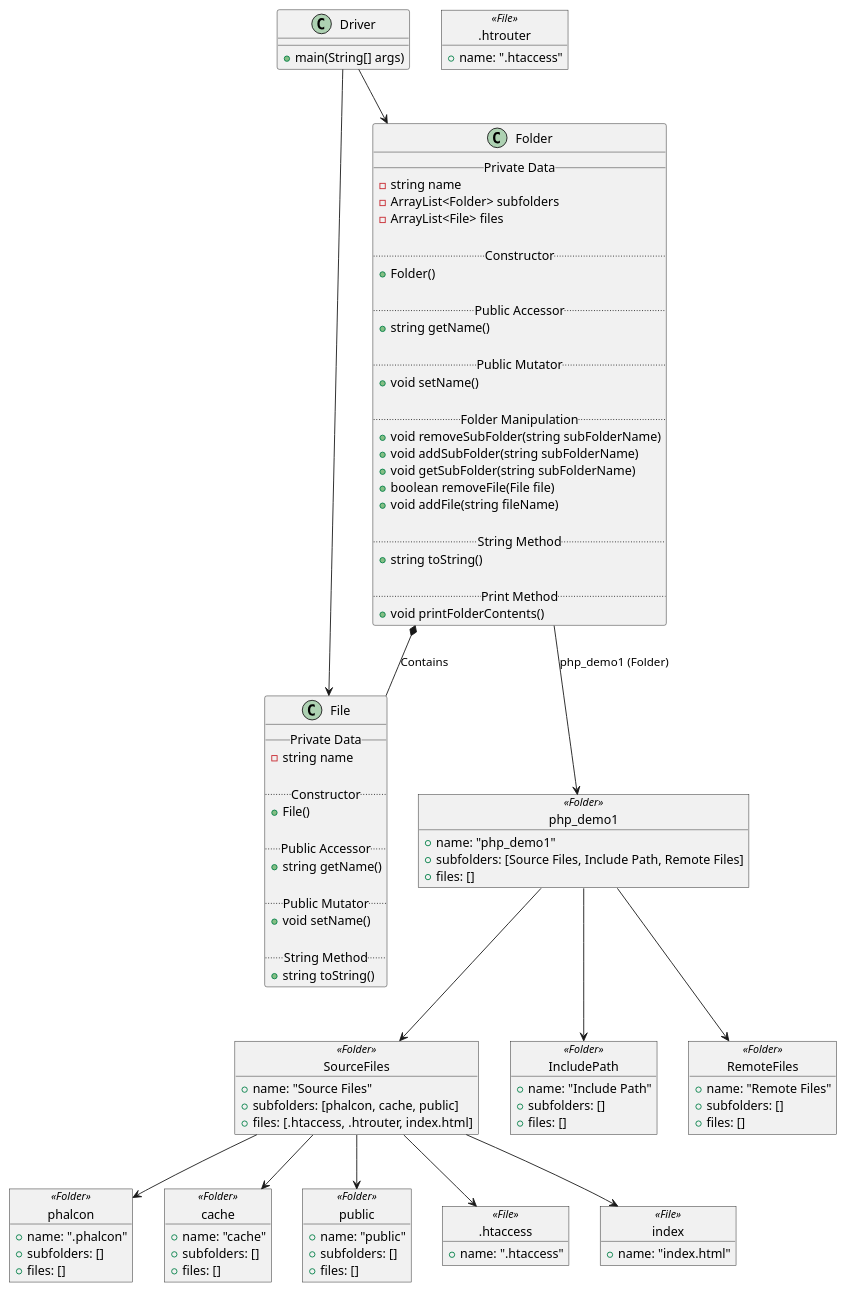
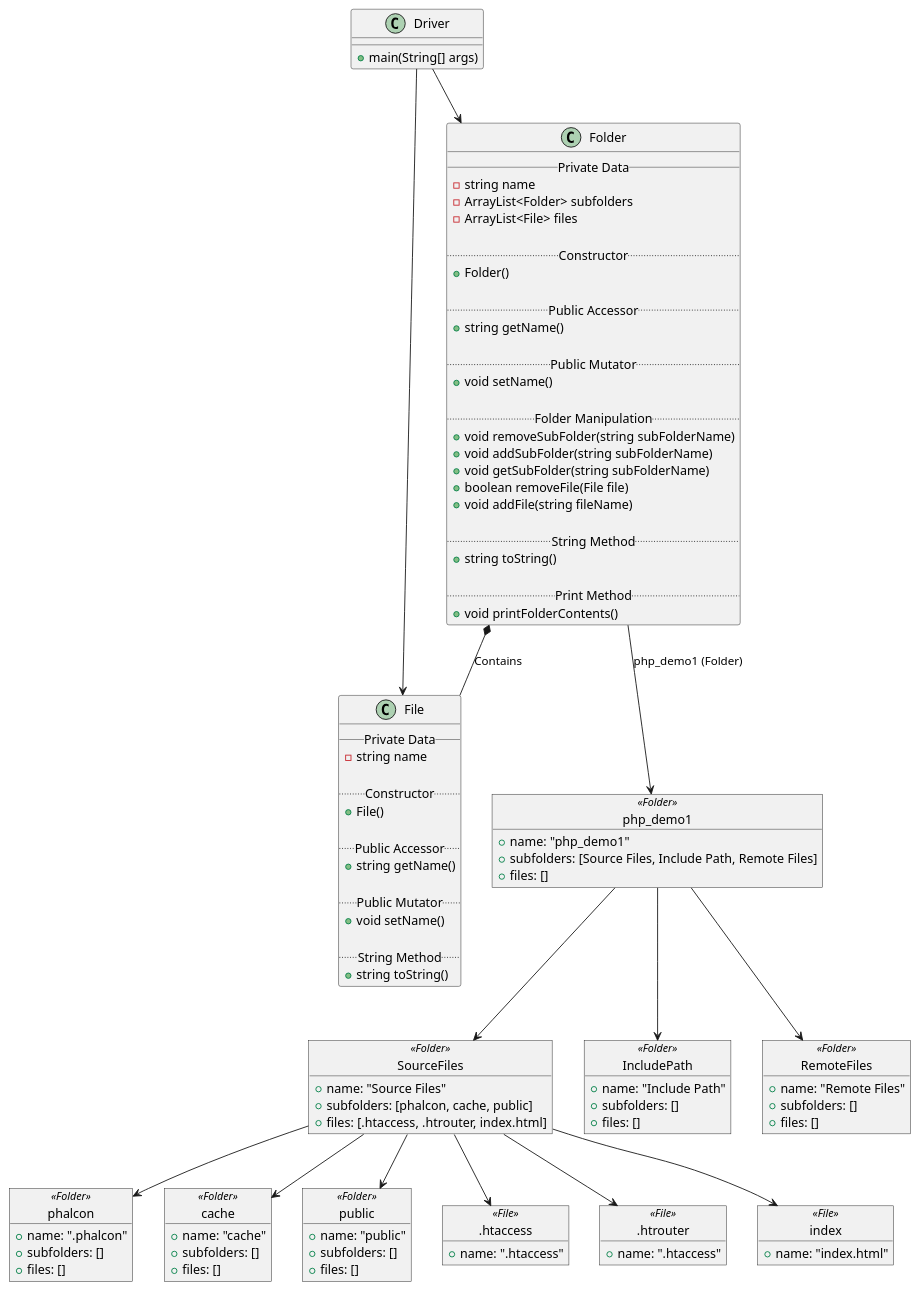
Before and after one commit to stephaniePocci/PlantUML: the diagram in src/File System.puml, drawn with PlantUML.

Commit message:
Fixed floating .htrouter file for File System

```diff
--- a/src/File System.puml
+++ b/src/File System.puml
@@ -1,123 +1,124 @@
 @startuml
 'https://plantuml.com/class-diagram
 
 class File {
     __Private Data__
     - string name
 
     ..Constructor..
     + File()
 
     ..Public Accessor..
     + string getName()
 
     ..Public Mutator..
     + void setName()
 
     ..String Method..
     + string toString()
 }
 
 class Folder {
     __Private Data__
     - string name
     - ArrayList<Folder> subfolders
     - ArrayList<File> files
 
     ..Constructor..
     + Folder()
 
     ..Public Accessor..
     + string getName()
 
     ..Public Mutator..
     + void setName()
 
     ..Folder Manipulation..
     + void removeSubFolder(string subFolderName)
     + void addSubFolder(string subFolderName)
     + void getSubFolder(string subFolderName)
     + boolean removeFile(File file)
     + void addFile(string fileName)
 
     ..String Method..
     + string toString()
 
     ..Print Method..
     + void printFolderContents()
 }
 
 class Driver {
     + main(String[] args)
 }
 
 object php_demo1 <<Folder>> {
     + name: "php_demo1"
     + subfolders: [Source Files, Include Path, Remote Files]
     + files: []
 }
 
 object SourceFiles <<Folder>> {
     + name: "Source Files"
     + subfolders: [phalcon, cache, public]
     + files: [.htaccess, .htrouter, index.html]
 }
 
 object IncludePath <<Folder>> {
     + name: "Include Path"
     + subfolders: []
     + files: []
 }
 
 object RemoteFiles <<Folder>> {
     + name: "Remote Files"
     + subfolders: []
     + files: []
 }
 
 object phalcon <<Folder>> {
     + name: ".phalcon"
     + subfolders: []
     + files: []
 }
 
 object cache <<Folder>> {
     + name: "cache"
     + subfolders: []
     + files: []
 }
 
 object public <<Folder>> {
     + name: "public"
     + subfolders: []
     + files: []
 }
 
 object .htaccess <<File>> {
     + name: ".htaccess"
 }
 
 object .htrouter <<File>> {
     + name: ".htaccess"
 }
 
 object index <<File>> {
     + name: "index.html"
 }
 
 Driver --> File
 Driver --> Folder
 Folder *-- File: Contains
 
 Folder --> php_demo1: php_demo1 (Folder)
 php_demo1 --> IncludePath
 php_demo1 --> RemoteFiles
 php_demo1 --> SourceFiles
 SourceFiles --> phalcon
 SourceFiles --> cache
 SourceFiles --> public
 SourceFiles --> .htaccess
 SourceFiles --> index
+SourceFiles --> .htrouter
 
 
 @enduml
```
